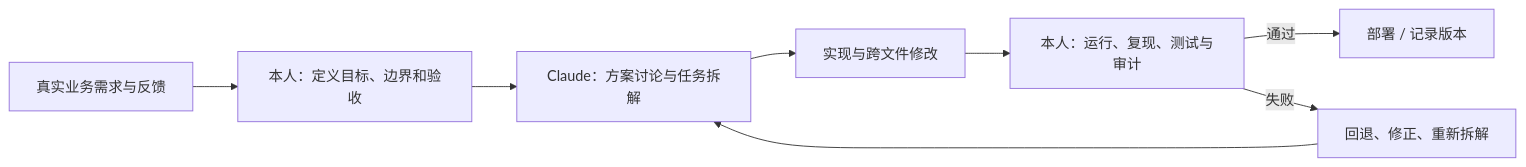
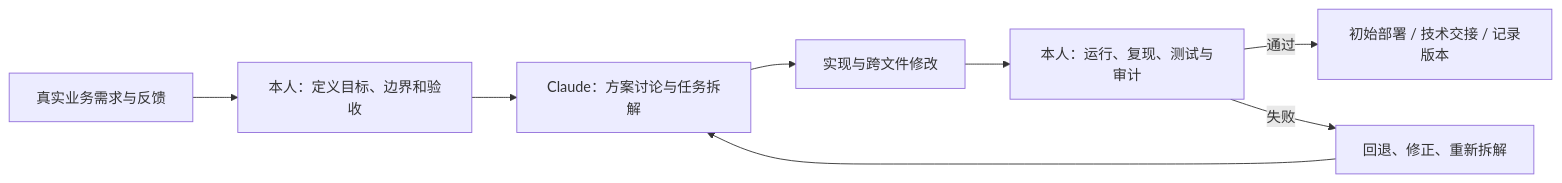
The diagram in docs/ai-assisted-development.md (zehouzhang0-lang/aimunc2026-platform), drawn with Mermaid before and after one commit. The commit also changed other lines of this file and 10 other files, not shown here.

````diff
--- a/docs/ai-assisted-development.md
+++ b/docs/ai-assisted-development.md
@@ -9,10 +9,10 @@
 ```mermaid
 flowchart LR
     R["真实业务需求与反馈"] --> H["本人：定义目标、边界和验收"]
     H --> A["Claude：方案讨论与任务拆解"]
     A --> I["实现与跨文件修改"]
     I --> V["本人：运行、复现、测试与审计"]
-    V -->|通过| D["部署 / 记录版本"]
+    V -->|通过| D["初始部署 / 技术交接 / 记录版本"]
     V -->|失败| B["回退、修正、重新拆解"]
     B --> A
 ```
````
